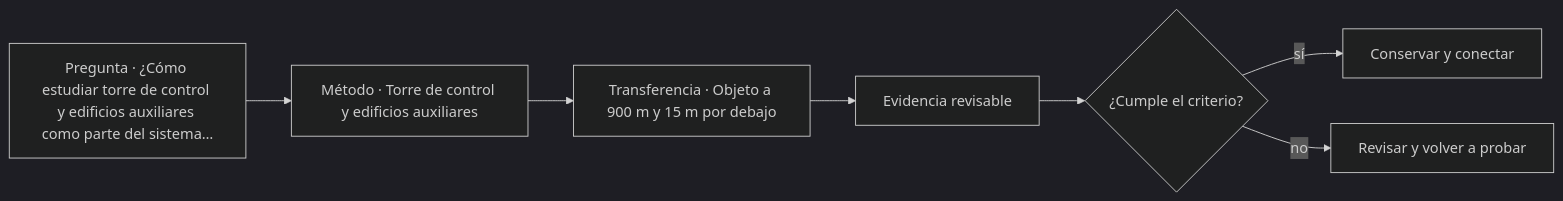
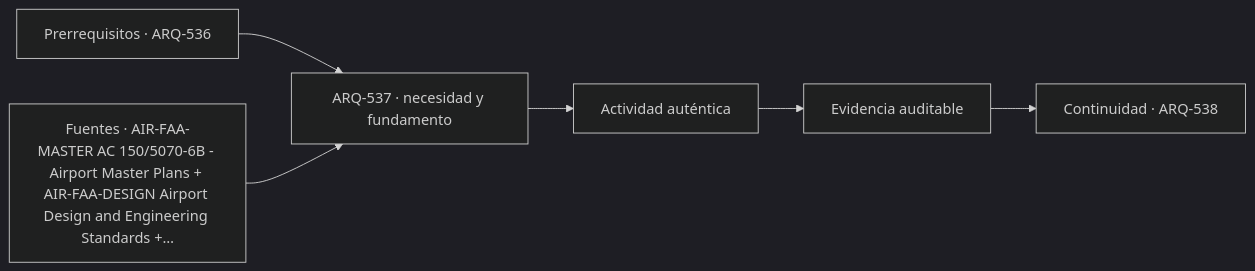
Before and after one commit to vladimiracunadev-create/architecture-built-environment-learning-program: the diagram in classes/parte-54/ARQ-537.md, drawn with Mermaid (dark theme). The commit also changed other lines of this file and 761 other files, not shown here.

````diff
--- a/classes/parte-54/ARQ-537.md
+++ b/classes/parte-54/ARQ-537.md
@@ -91,9 +103,8 @@
 ```mermaid
 flowchart LR
-    Q["Pregunta · ¿Cómo estudiar torre de control y edificios auxiliares como parte del sistema…"] --> M["Método · Torre de control y edificios auxiliares"]
-    M --> P["Transferencia · Objeto a 900 m y 15 m por debajo"]
-    P --> E["Evidencia revisable"]
-    E --> C{"¿Cumple el criterio?"}
-    C -->|sí| T["Conservar y conectar"]
-    C -->|no| R["Revisar y volver a probar"]
+    A["Prerrequisitos · ARQ-536"] --> B["ARQ-537 · necesidad y fundamento"]
+    S["Fuentes · AIR-FAA-MASTER AC 150/5070-6B - Airport Master Plans + AIR-FAA-DESIGN Airport Design and Engineering Standards +…"] --> B
+    B --> C["Actividad auténtica"]
+    C --> D["Evidencia auditable"]
+    D --> E["Continuidad · ARQ-538"]
 ```
````
